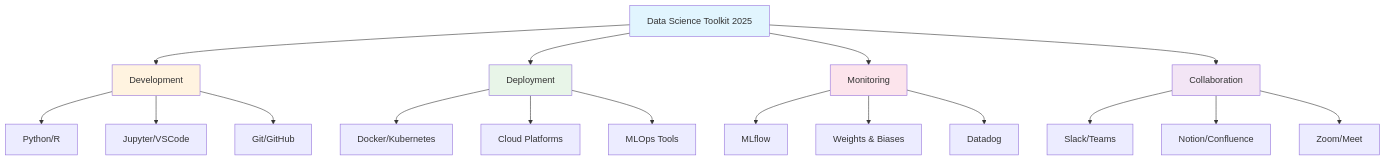
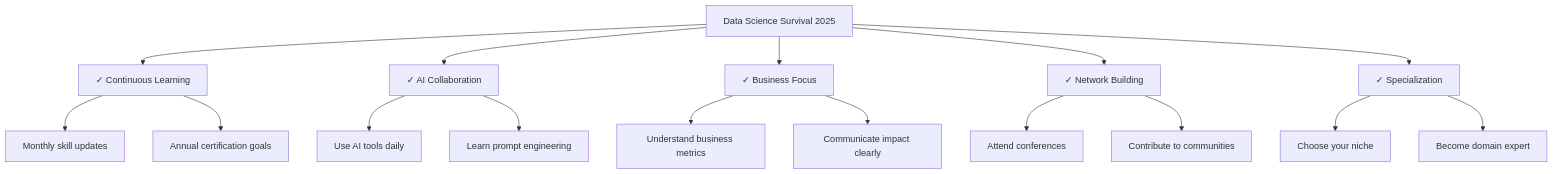
Diagram 14 of 14 in Survive-Data-Science-2025.md (gghimire2041/AI-Articles), drawn with Mermaid before and after one commit. The commit also changed other lines of this file, not shown here.

````diff
--- a/Survive-Data-Science-2025.md
+++ b/Survive-Data-Science-2025.md
@@ -947,29 +585,23 @@
 ```mermaid
 graph TD
-    A[Data Science Toolkit 2025] --> B[Development]
-    A --> C[Deployment]
-    A --> D[Monitoring]
-    A --> E[Collaboration]
+    A[Data Science Survival 2025] --> B[✓ Continuous Learning]
+    A --> C[✓ AI Collaboration]
+    A --> D[✓ Business Focus]
+    A --> E[✓ Network Building]
+    A --> F[✓ Specialization]
     
-    B --> F[Python/R]
-    B --> G[Jupyter/VSCode]
-    B --> H[Git/GitHub]
+    B --> B1[Monthly skill updates]
+    B --> B2[Annual certification goals]
     
-    C --> I[Docker/Kubernetes]
-    C --> J[Cloud Platforms]
-    C --> K[MLOps Tools]
+    C --> C1[Use AI tools daily]
+    C --> C2[Learn prompt engineering]
     
-    D --> L[MLflow]
-    D --> M[Weights & Biases]
-    D --> N[Datadog]
+    D --> D1[Understand business metrics]
+    D --> D2[Communicate impact clearly]
     
-    E --> O[Slack/Teams]
-    E --> P[Notion/Confluence]
-    E --> Q[Zoom/Meet]
+    E --> E1[Attend conferences]
+    E --> E2[Contribute to communities]
     
-    style A fill:#e1f5fe
-    style B fill:#fff3e0
-    style C fill:#e8f5e8
-    style D fill:#fce4ec
-    style E fill:#f3e5f5
+    F --> F1[Choose your niche]
+    F --> F2[Become domain expert]
 ```
````
